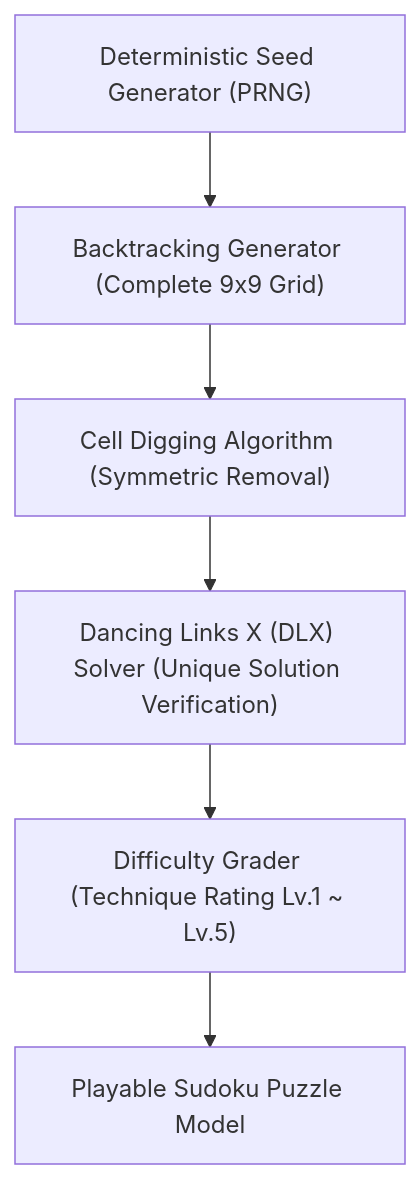
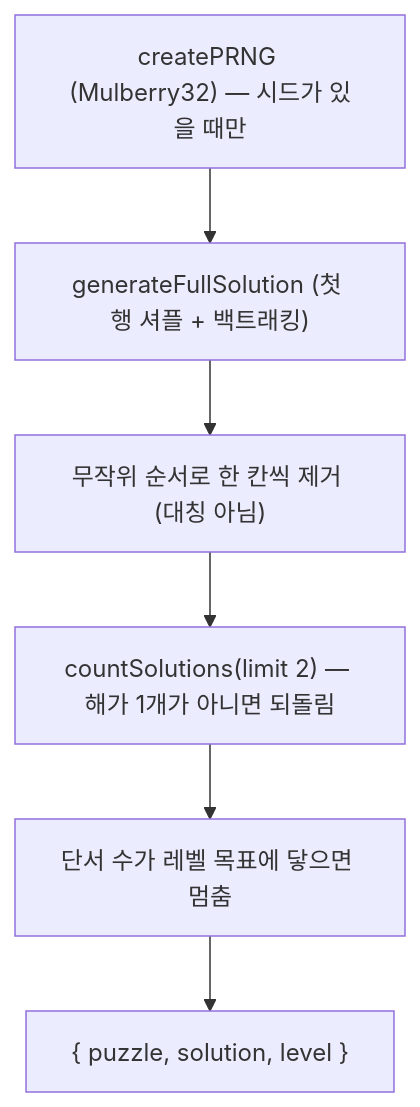
The first of 2 diagrams in docs/TECHNICAL_SPECIFICATION.md (K2Bact/Sudoku), drawn with Mermaid before and after one commit. The commit also changed other lines of this file and 122 other files, not shown here.

````diff
--- a/docs/TECHNICAL_SPECIFICATION.md
+++ b/docs/TECHNICAL_SPECIFICATION.md
@@ -25,8 +29,8 @@
 ```mermaid
 graph TD
-    A["Deterministic Seed Generator (PRNG)"] --> B["Backtracking Generator (Complete 9x9 Grid)"]
-    B --> C["Cell Digging Algorithm (Symmetric Removal)"]
-    C --> D["Dancing Links X (DLX) Solver (Unique Solution Verification)"]
-    D --> E["Difficulty Grader (Technique Rating Lv.1 ~ Lv.5)"]
-    E --> F["Playable Sudoku Puzzle Model"]
+    A["createPRNG (Mulberry32) — 시드가 있을 때만"] --> B["generateFullSolution (첫 행 셔플 + 백트래킹)"]
+    B --> C["무작위 순서로 한 칸씩 제거 (대칭 아님)"]
+    C --> D["countSolutions(limit 2) — 해가 1개가 아니면 되돌림"]
+    D --> E["단서 수가 레벨 목표에 닿으면 멈춤"]
+    E --> F["{ puzzle, solution, level }"]
 ```
````
